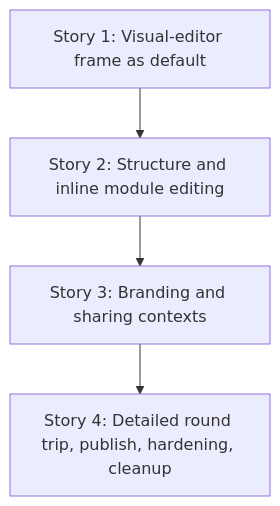
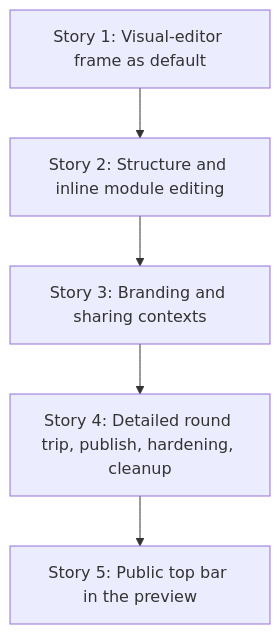
The diagram in td/TD55-HOTSITE-VISUAL-EDITOR-UX.md (lmmoreira/ikaro), drawn with Mermaid before and after one commit. The commit also changed other lines of this file, not shown here.

First line of the commit message:
docs(td55): add story 5, public top bar in the editor preview

````diff
--- a/td/TD55-HOTSITE-VISUAL-EDITOR-UX.md
+++ b/td/TD55-HOTSITE-VISUAL-EDITOR-UX.md
@@ -43,6 +43,7 @@
 ```mermaid
 graph TD
   S1["Story 1: Visual-editor frame as default"] --> S2["Story 2: Structure and inline module editing"]
   S2 --> S3["Story 3: Branding and sharing contexts"]
   S3 --> S4["Story 4: Detailed round trip, publish, hardening, cleanup"]
+  S4 --> S5["Story 5: Public top bar in the preview"]
 ```
````
